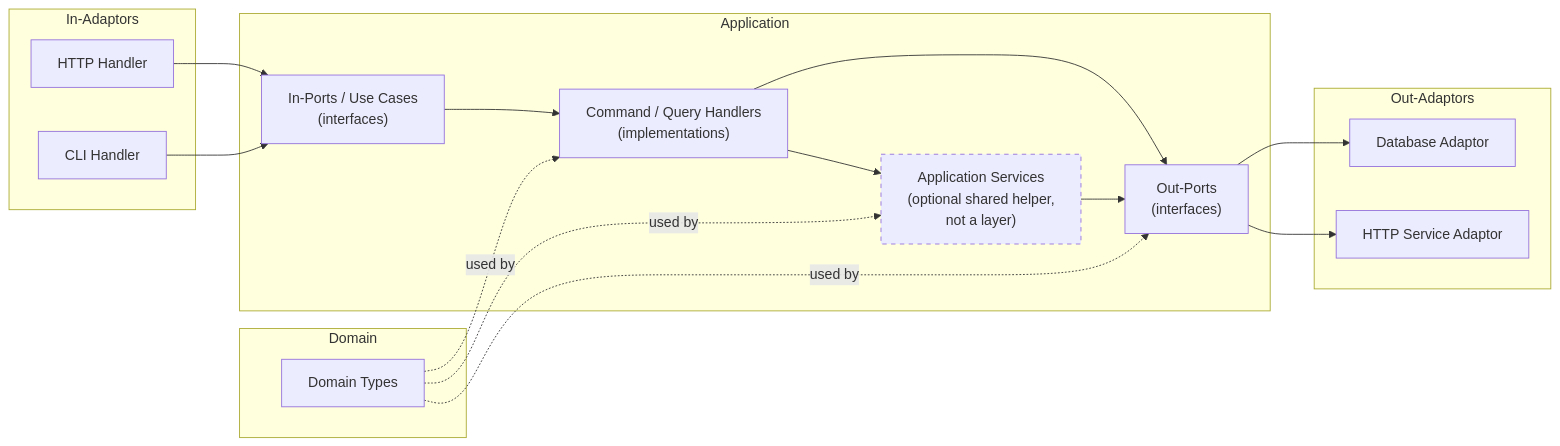
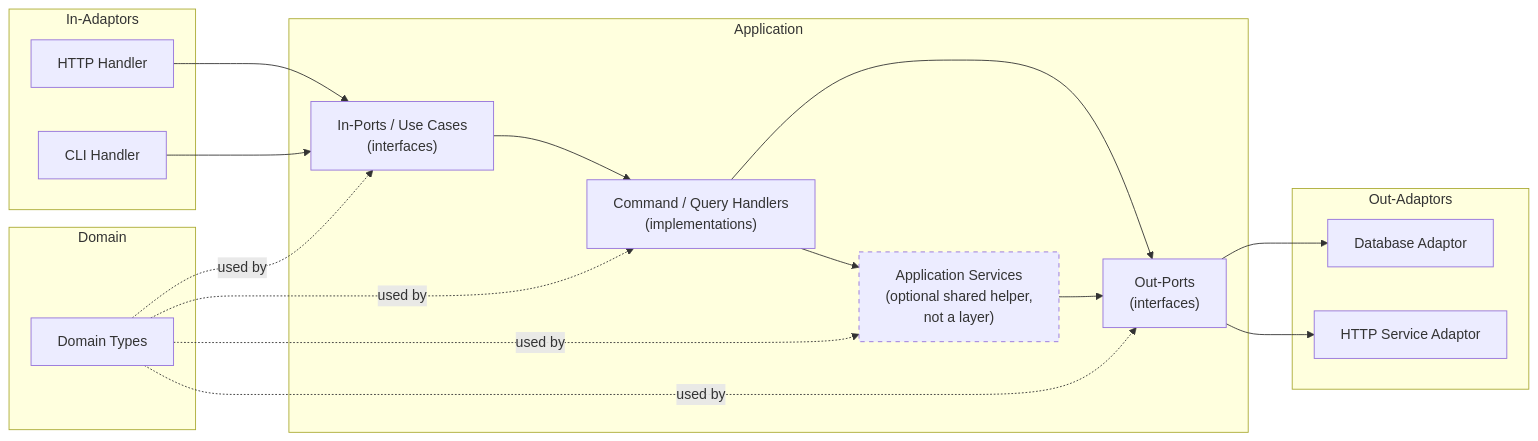
One commit to gypsydave5/gypsydave5.github.io changed the diagram in posts/the-parts-of-a-ports-and-adaptors-application.md. Above: the diagram before and after it, drawn with Mermaid. The commit also changed other lines of this file and 3 other files, not shown here.

````diff
--- a/posts/the-parts-of-a-ports-and-adaptors-application.md
+++ b/posts/the-parts-of-a-ports-and-adaptors-application.md
@@ -116,37 +116,38 @@
 ```mermaid
 flowchart LR
     subgraph InAdaptors["In-Adaptors"]
         HTTP["HTTP Handler"]
         CLI["CLI Handler"]
     end
 
     subgraph Application["Application"]
         InPorts["In-Ports / Use Cases<br>(interfaces)"]
         CQH["Command / Query Handlers<br>(implementations)"]
         AppSvc["Application Services<br>(optional shared helper,<br>not a layer)"]
         OutPorts["Out-Ports<br>(interfaces)"]
     end
     style AppSvc stroke-dasharray: 5 5
 
     subgraph Domain["Domain"]
         DomainTypes["Domain Types"]
     end
 
     subgraph OutAdaptors["Out-Adaptors"]
         DB["Database Adaptor"]
         ExtSvc["HTTP Service Adaptor"]
     end
 
     HTTP --> InPorts
     CLI --> InPorts
     InPorts --> CQH
     CQH --> AppSvc
     CQH --> OutPorts
     AppSvc --> OutPorts
     OutPorts --> DB
     OutPorts --> ExtSvc
 
     DomainTypes -. "used by" .-> CQH
     DomainTypes -. "used by" .-> AppSvc
     DomainTypes -. "used by" .-> OutPorts
+    DomainTypes -. "used by" .-> InPorts
 ```
````
